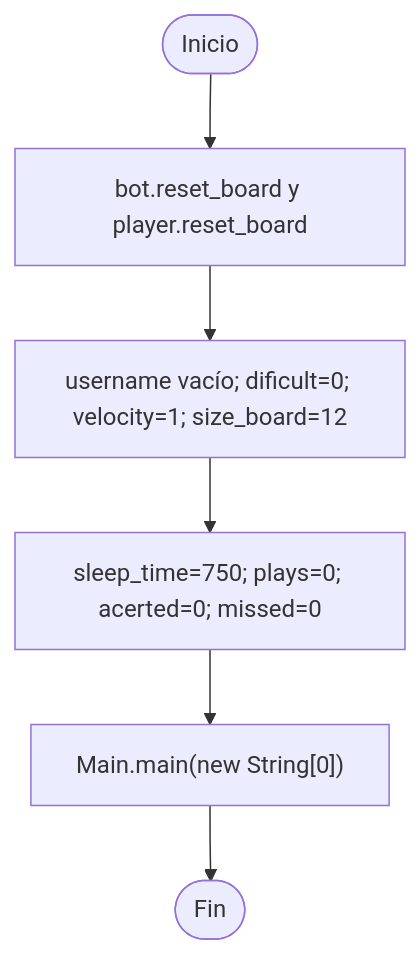
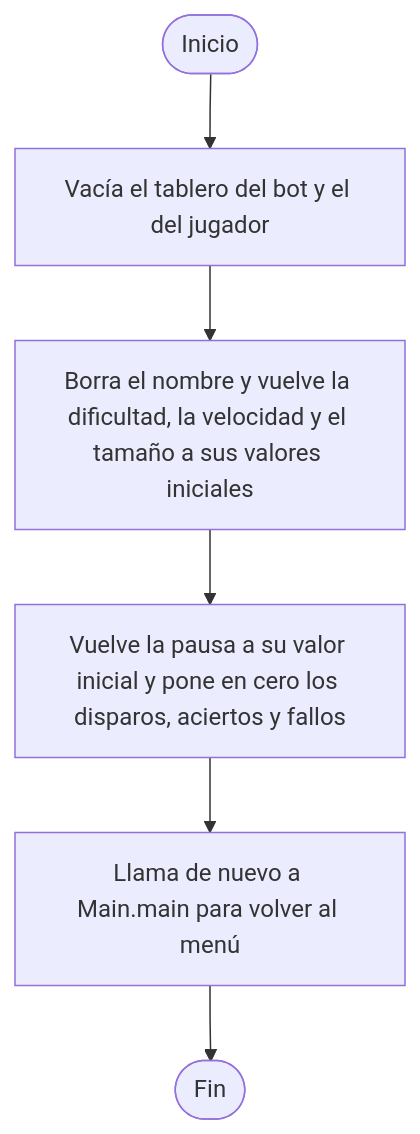
Diagram 12 of 33 in README.md (8ismel6/1MD-ProyectoFinal), drawn with Mermaid before and after one commit. The commit also changed other lines of this file and 1 other file, not shown here.

````diff
--- a/README.md
+++ b/README.md
@@ -532,8 +524,8 @@
 ```mermaid
 flowchart TD
-A(["Inicio"]) --> B["bot.reset_board y player.reset_board"]
-B --> C["username vacío; dificult=0; velocity=1; size_board=12"]
-C --> D["sleep_time=750; plays=0; acerted=0; missed=0"]
-D --> E["Main.main(new String[0])"]
+A(["Inicio"]) --> B["Vacía el tablero del bot y el del jugador"]
+B --> C["Borra el nombre y vuelve la dificultad, la velocidad y el tamaño a sus valores iniciales"]
+C --> D["Vuelve la pausa a su valor inicial y pone en cero los disparos, aciertos y fallos"]
+D --> E["Llama de nuevo a Main.main para volver al menú"]
 E --> F(["Fin"])
 ```
````
